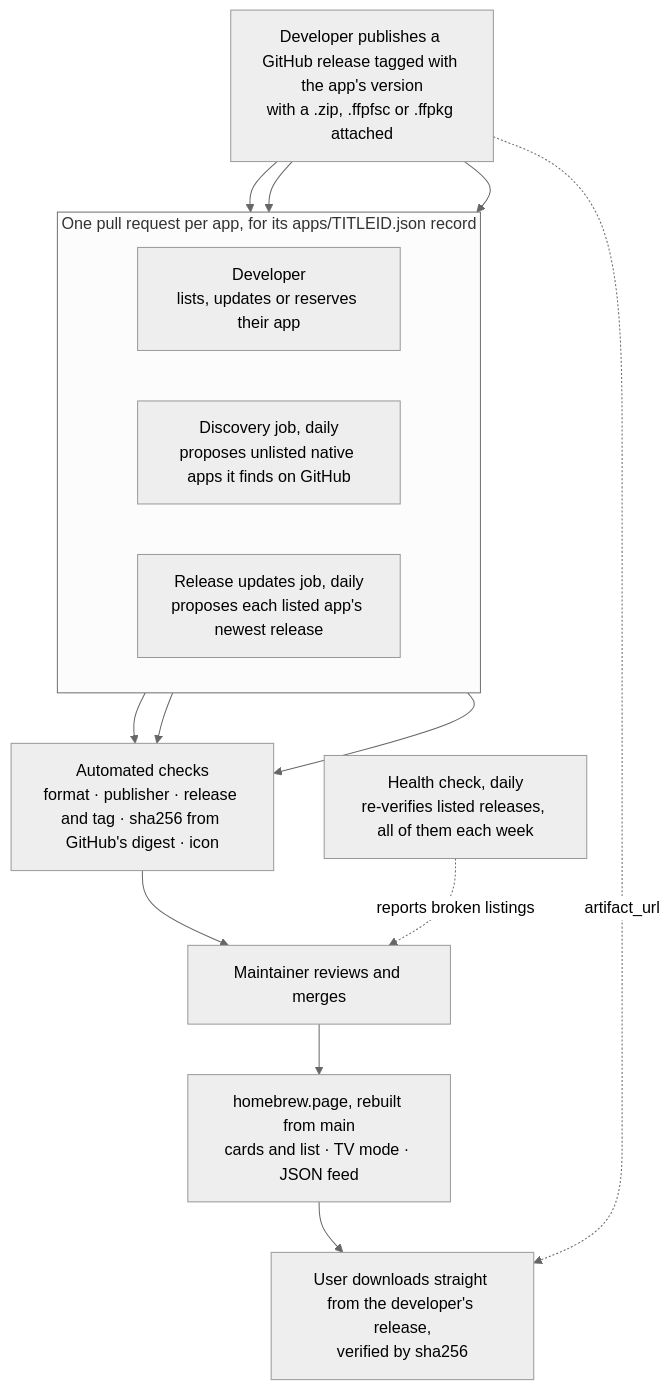
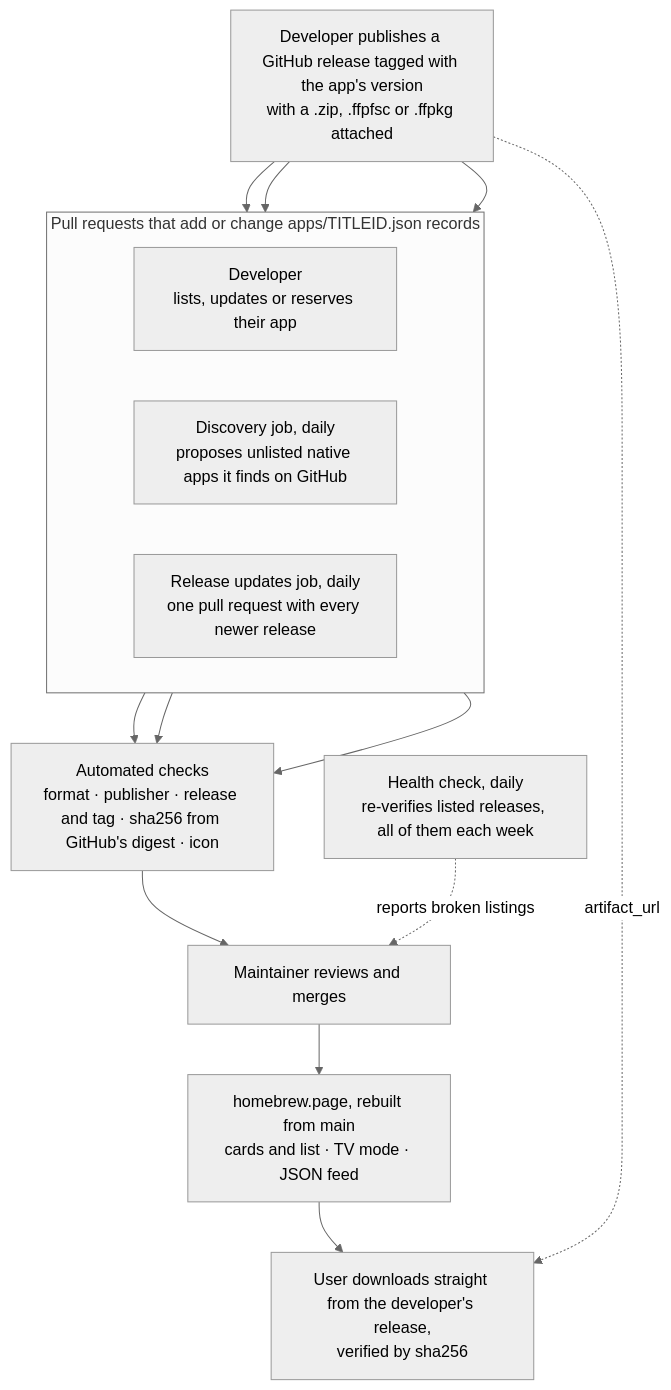
Before and after one commit to GordonProsperoMan/ps5-homebrew-catalog: the diagram in README.md, drawn with Mermaid (neutral theme). The commit also changed other lines of this file and 5 other files, not shown here.

Commit message:
Group all release updates into one pull request

````diff
--- a/README.md
+++ b/README.md
@@ -19,23 +19,23 @@
 ```mermaid
 flowchart TB
     release["Developer publishes a GitHub release tagged with the app's version<br/>with a .zip, .ffpfsc or .ffpkg attached"]
 
-    subgraph prs["One pull request per app, for its apps/TITLEID.json record"]
+    subgraph prs["Pull requests that add or change apps/TITLEID.json records"]
         direction LR
         dev["Developer<br/>lists, updates or reserves their app"]
         discovery["Discovery job, daily<br/>proposes unlisted native apps it finds on GitHub"]
-        updates["Release updates job, daily<br/>proposes each listed app's newest release"]
+        updates["Release updates job, daily<br/>one pull request with every newer release"]
     end
 
     checks["Automated checks<br/>format · publisher · release and tag · sha256 from GitHub's digest · icon"]
     review["Maintainer reviews and merges"]
     site["homebrew.page, rebuilt from main<br/>cards and list · TV mode · JSON feed"]
     user["User downloads straight from the developer's release,<br/>verified by sha256"]
     health["Health check, daily<br/>re-verifies listed releases, all of them each week"]
 
     release --> dev & discovery & updates
     dev & discovery & updates --> checks
     checks --> review --> site --> user
     release -. artifact_url .-> user
     health -. reports broken listings .-> review
 ```
````
